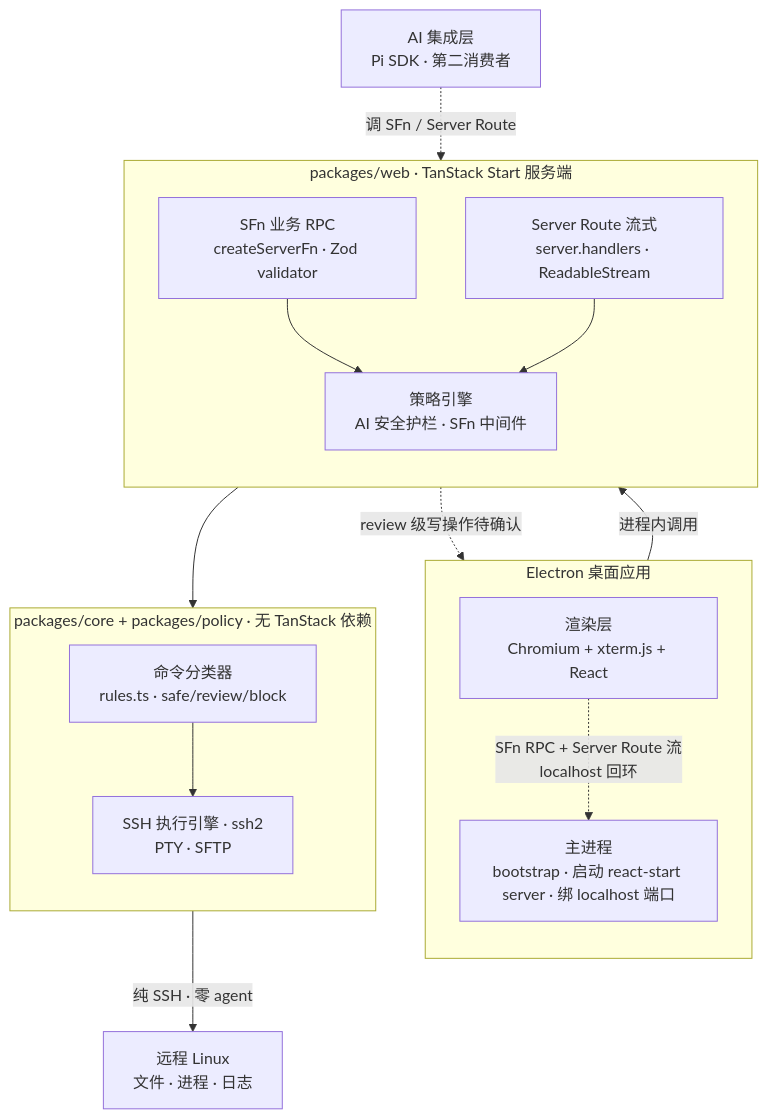
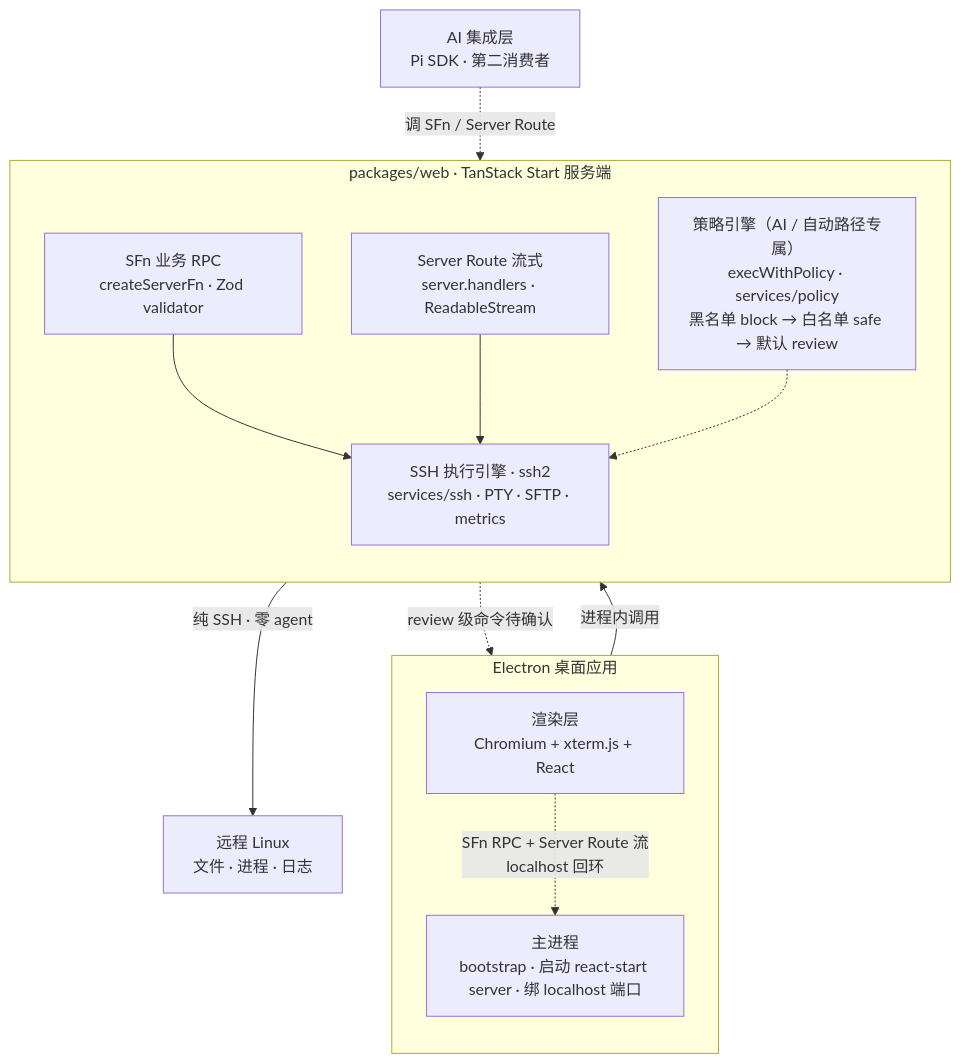
The diagram in docs/02-技术架构.md (lvyueyang/sshos), drawn with Mermaid before and after one commit. The commit also changed other lines of this file and 7 other files, not shown here.

````diff
--- a/docs/02-技术架构.md
+++ b/docs/02-技术架构.md
@@ -46,44 +46,38 @@
 ```mermaid
 flowchart TB
     subgraph Desktop["Electron 桌面应用"]
         direction TB
         R["渲染层
 Chromium + xterm.js + React"]
         M["主进程
 bootstrap · 启动 react-start server · 绑 localhost 端口"]
         R -.->|"SFn RPC + Server Route 流
 localhost 回环"| M
     end
 
     subgraph Web["packages/web · TanStack Start 服务端"]
         direction TB
         SFN["SFn 业务 RPC
 createServerFn · Zod validator"]
         SR["Server Route 流式
 server.handlers · ReadableStream"]
-        PE["策略引擎
-AI 安全护栏 · SFn 中间件"]
-        SFN --> PE
-        SR --> PE
-    end
-
-    subgraph Core["packages/core + packages/policy · 无 TanStack 依赖"]
-        direction TB
+        PE["策略引擎（AI / 自动路径专属）
+execWithPolicy · services/policy
+黑名单 block → 白名单 safe → 默认 review"]
         SSH["SSH 执行引擎 · ssh2
-PTY · SFTP"]
-        PE2["命令分类器
-rules.ts · safe/review/block"]
+services/ssh · PTY · SFTP · metrics"]
+        SFN --> SSH
+        SR --> SSH
+        PE -.-> SSH
     end
 
     AI["AI 集成层
 Pi SDK · 第二消费者"]
     AI -.->|"调 SFn / Server Route"| SFN
 
     M -->|"进程内调用"| SFN
     SSH -->|"纯 SSH · 零 agent"| SERVER["远程 Linux
 文件 · 进程 · 日志"]
-    PE --> PE2
-    PE2 --> SSH
 
-    PE -.->|"review 级写操作待确认"| R
+    PE -.->|"review 级命令待确认"| R
 ```
````
